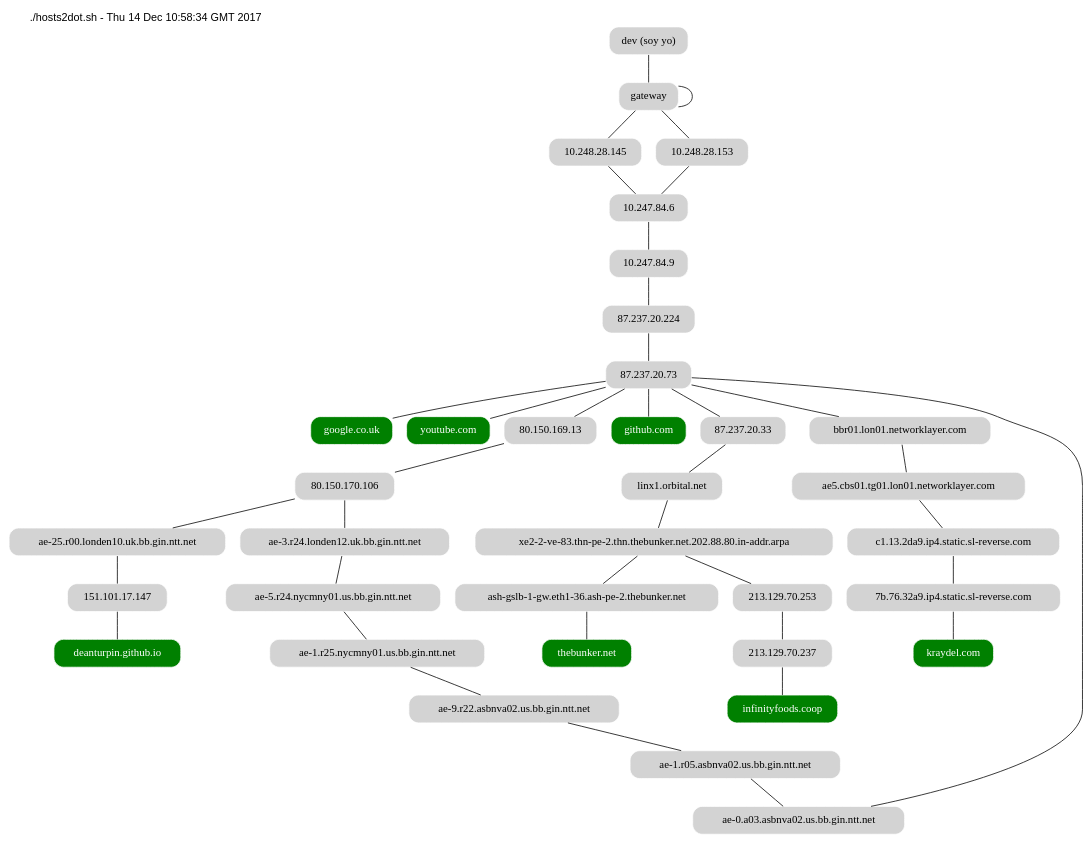
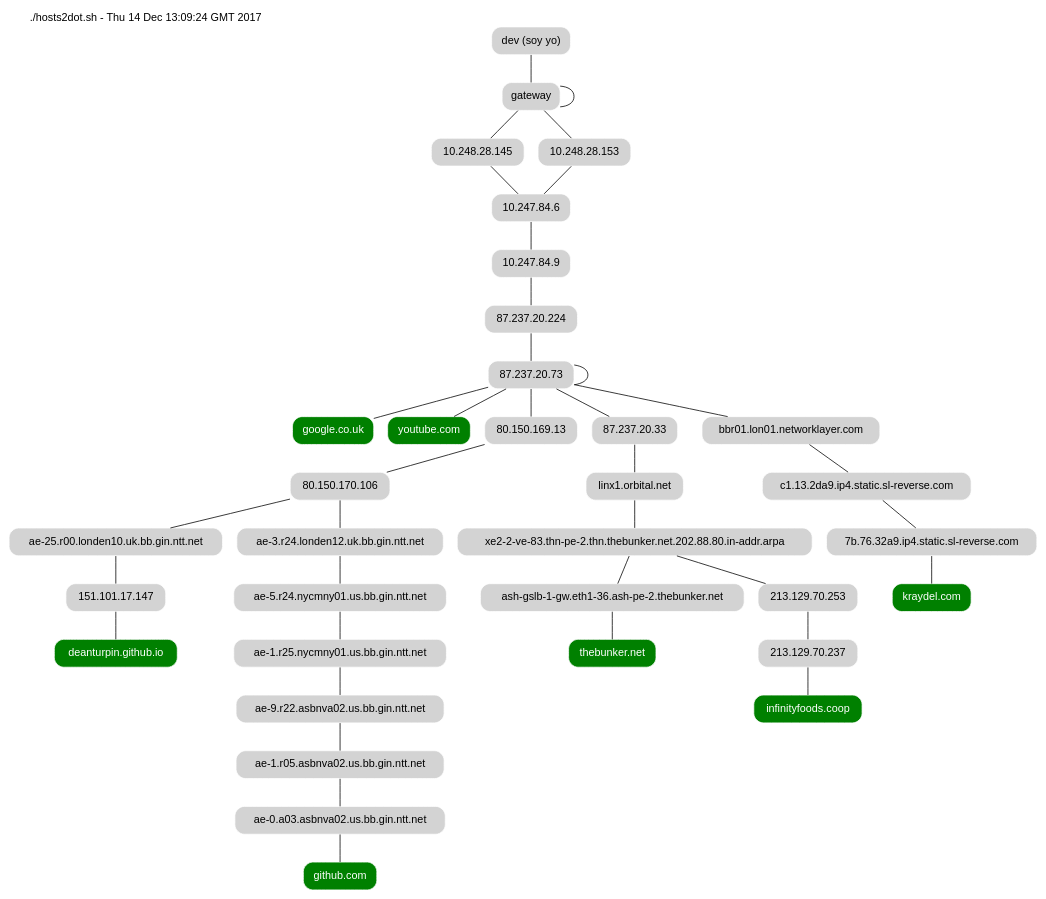
Before and after one commit to deanturpin/hosts2dot: the diagram in example.dot, drawn with Graphviz. The commit also changed 5 other files, not shown here.

```diff
--- a/example.dot
+++ b/example.dot
@@ -1,20 +1,20 @@
 strict graph {
 fontname=helvetica
-node [shape=rect style="filled,rounded" color=white fillcolor=lightgrey]
+node [shape=rect style="filled,rounded" color=white fillcolor=lightgrey fontname=helvetica]
 soy_yo [label="dev (soy yo)"]
-graph [label="./hosts2dot.sh - Thu 14 Dec 10:58:34 GMT 2017" labelloc=top labeljust=left]
+graph [label="./hosts2dot.sh - Thu 14 Dec 13:09:24 GMT 2017" labelloc=top labeljust=left]
 "google.co.uk" [fillcolor=green fontcolor=white]
 soy_yo--"gateway"--"gateway"--"10.248.28.145"--"10.247.84.6"--"10.247.84.9"--"87.237.20.224"--"87.237.20.73"--"google.co.uk"
 "youtube.com" [fillcolor=green fontcolor=white]
 soy_yo--"gateway"--"gateway"--"10.248.28.153"--"10.247.84.6"--"10.247.84.9"--"87.237.20.224"--"87.237.20.73"--"youtube.com"
 "deanturpin.github.io" [fillcolor=green fontcolor=white]
 soy_yo--"gateway"--"gateway"--"10.248.28.153"--"10.247.84.6"--"10.247.84.9"--"87.237.20.224"--"87.237.20.73"--"80.150.169.13"--"80.150.170.106"--"ae-25.r00.londen10.uk.bb.gin.ntt.net"--"151.101.17.147"--"deanturpin.github.io"
 "github.com" [fillcolor=green fontcolor=white]
-soy_yo--"gateway"--"gateway"--"10.248.28.153"--"10.247.84.6"--"10.247.84.9"--"87.237.20.224"--"87.237.20.73"--"80.150.169.13"--"80.150.170.106"--"ae-3.r24.londen12.uk.bb.gin.ntt.net"--"ae-5.r24.nycmny01.us.bb.gin.ntt.net"--"ae-1.r25.nycmny01.us.bb.gin.ntt.net"--"ae-9.r22.asbnva02.us.bb.gin.ntt.net"--"ae-1.r05.asbnva02.us.bb.gin.ntt.net"--"ae-0.a03.asbnva02.us.bb.gin.ntt.net"--"87.237.20.73"--"github.com"
+soy_yo--"gateway"--"gateway"--"10.248.28.145"--"10.247.84.6"--"10.247.84.9"--"87.237.20.224"--"87.237.20.73"--"80.150.169.13"--"80.150.170.106"--"ae-3.r24.londen12.uk.bb.gin.ntt.net"--"ae-5.r24.nycmny01.us.bb.gin.ntt.net"--"ae-1.r25.nycmny01.us.bb.gin.ntt.net"--"ae-9.r22.asbnva02.us.bb.gin.ntt.net"--"ae-1.r05.asbnva02.us.bb.gin.ntt.net"--"ae-0.a03.asbnva02.us.bb.gin.ntt.net"--"github.com"
 "thebunker.net" [fillcolor=green fontcolor=white]
 soy_yo--"gateway"--"gateway"--"10.248.28.145"--"10.247.84.6"--"10.247.84.9"--"87.237.20.224"--"87.237.20.73"--"87.237.20.33"--"linx1.orbital.net"--"xe2-2-ve-83.thn-pe-2.thn.thebunker.net.202.88.80.in-addr.arpa"--"ash-gslb-1-gw.eth1-36.ash-pe-2.thebunker.net"--"thebunker.net"
 "infinityfoods.coop" [fillcolor=green fontcolor=white]
-soy_yo--"gateway"--"gateway"--"10.248.28.145"--"10.247.84.6"--"10.247.84.9"--"87.237.20.224"--"87.237.20.73"--"87.237.20.33"--"linx1.orbital.net"--"xe2-2-ve-83.thn-pe-2.thn.thebunker.net.202.88.80.in-addr.arpa"--"213.129.70.253"--"213.129.70.237"--"infinityfoods.coop"
+soy_yo--"gateway"--"gateway"--"10.248.28.145"--"10.247.84.6"--"10.247.84.9"--"87.237.20.224"--"87.237.20.73"--"87.237.20.73"--"87.237.20.33"--"linx1.orbital.net"--"xe2-2-ve-83.thn-pe-2.thn.thebunker.net.202.88.80.in-addr.arpa"--"213.129.70.253"--"213.129.70.237"--"infinityfoods.coop"
 "kraydel.com" [fillcolor=green fontcolor=white]
-soy_yo--"gateway"--"gateway"--"10.248.28.153"--"10.247.84.6"--"10.247.84.9"--"87.237.20.224"--"87.237.20.73"--"bbr01.lon01.networklayer.com"--"ae5.cbs01.tg01.lon01.networklayer.com"--"c1.13.2da9.ip4.static.sl-reverse.com"--"7b.76.32a9.ip4.static.sl-reverse.com"--"kraydel.com"
+soy_yo--"gateway"--"gateway"--"10.248.28.153"--"10.247.84.6"--"10.247.84.9"--"87.237.20.224"--"87.237.20.73"--"bbr01.lon01.networklayer.com"--"c1.13.2da9.ip4.static.sl-reverse.com"--"7b.76.32a9.ip4.static.sl-reverse.com"--"kraydel.com"
 }
```
